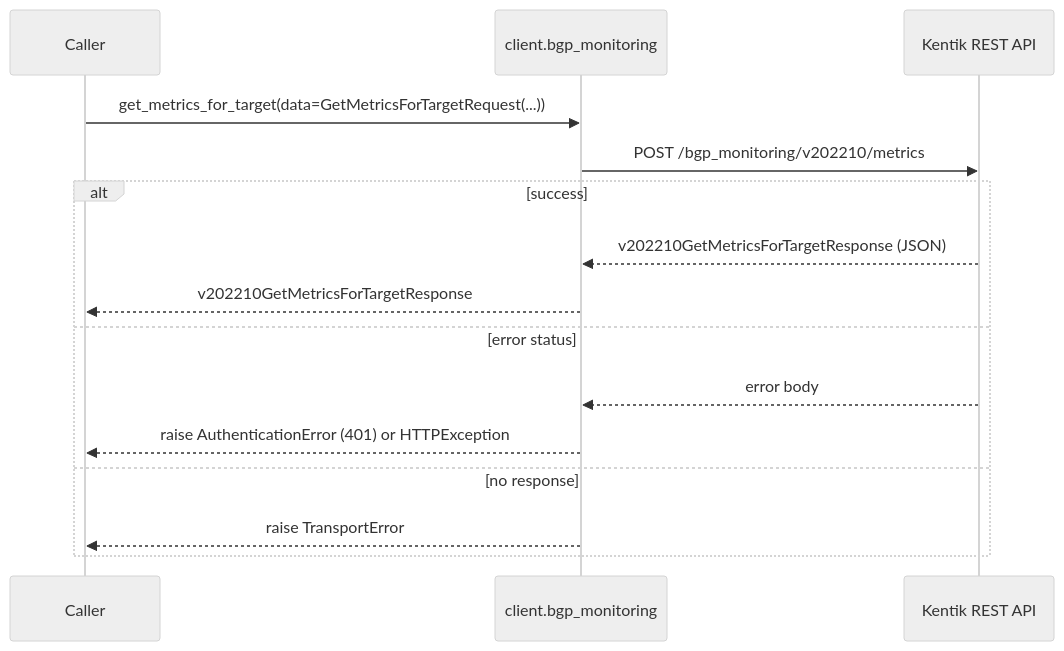
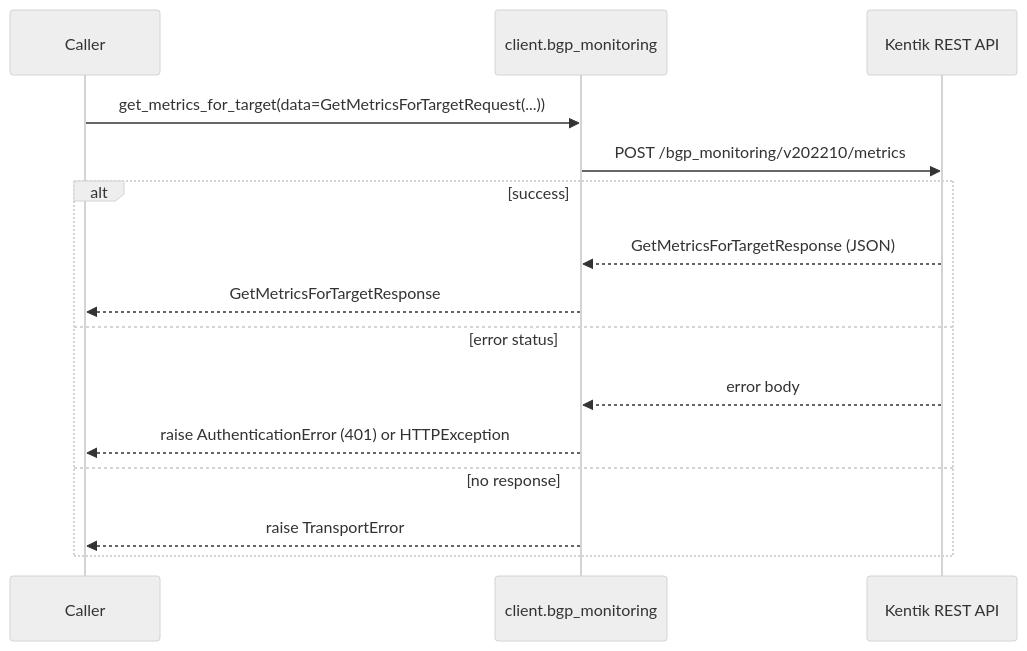
Before and after one commit to alexdearaujo/community_sdk_python: the second of 18 diagrams in docs/sphinx/services/bgp_monitoring.md, drawn with Mermaid (neutral theme). The commit also changed other lines of this file and 38 other files, not shown here.

````diff
--- a/docs/sphinx/services/bgp_monitoring.md
+++ b/docs/sphinx/services/bgp_monitoring.md
@@ -40,18 +40,18 @@
 ```mermaid
 sequenceDiagram
     participant C as Caller
     participant W as client.bgp_monitoring
     participant API as Kentik REST API
 
     C->>W: get_metrics_for_target(data=GetMetricsForTargetRequest(...))
     W->>API: POST /bgp_monitoring/v202210/metrics
     alt success
-        API-->>W: v202210GetMetricsForTargetResponse (JSON)
-        W-->>C: v202210GetMetricsForTargetResponse
+        API-->>W: GetMetricsForTargetResponse (JSON)
+        W-->>C: GetMetricsForTargetResponse
     else error status
         API-->>W: error body
         W-->>C: raise AuthenticationError (401) or HTTPException
     else no response
         W-->>C: raise TransportError
     end
 ```
````
